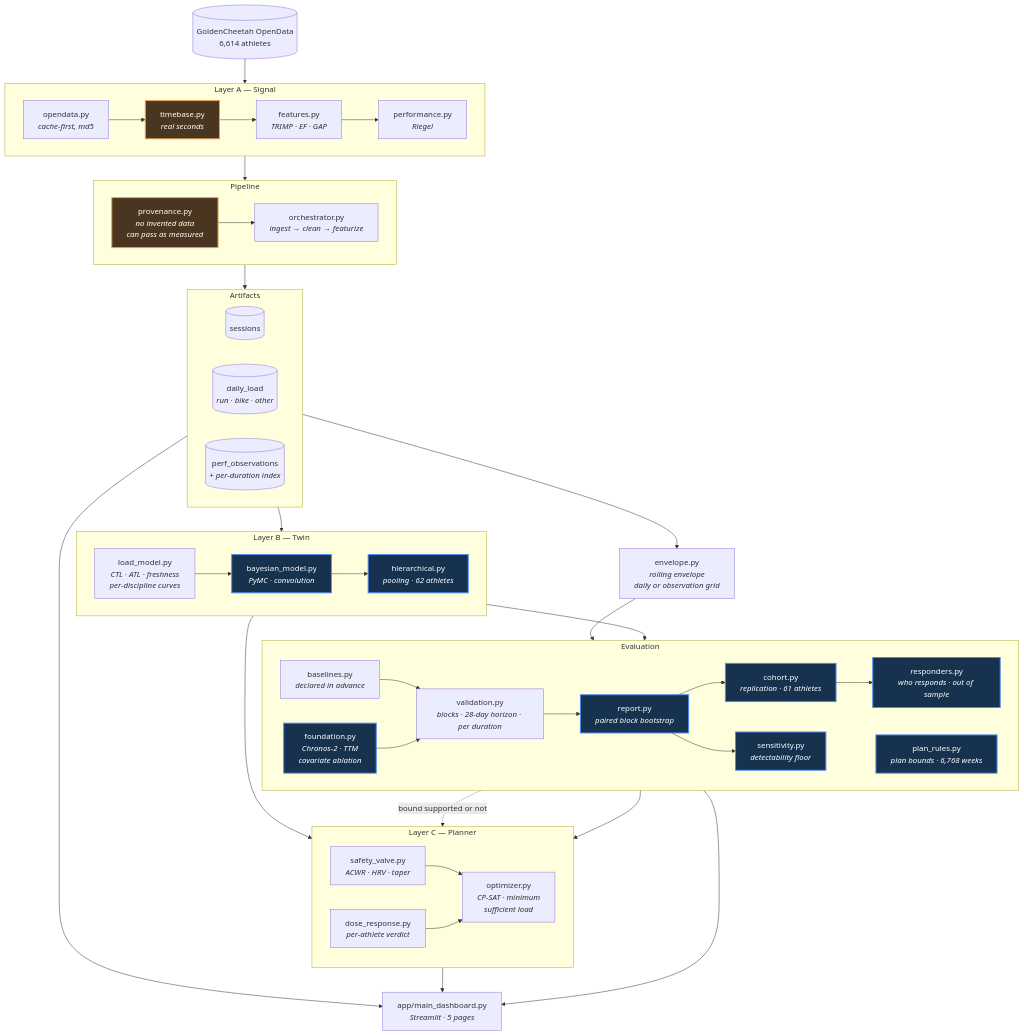
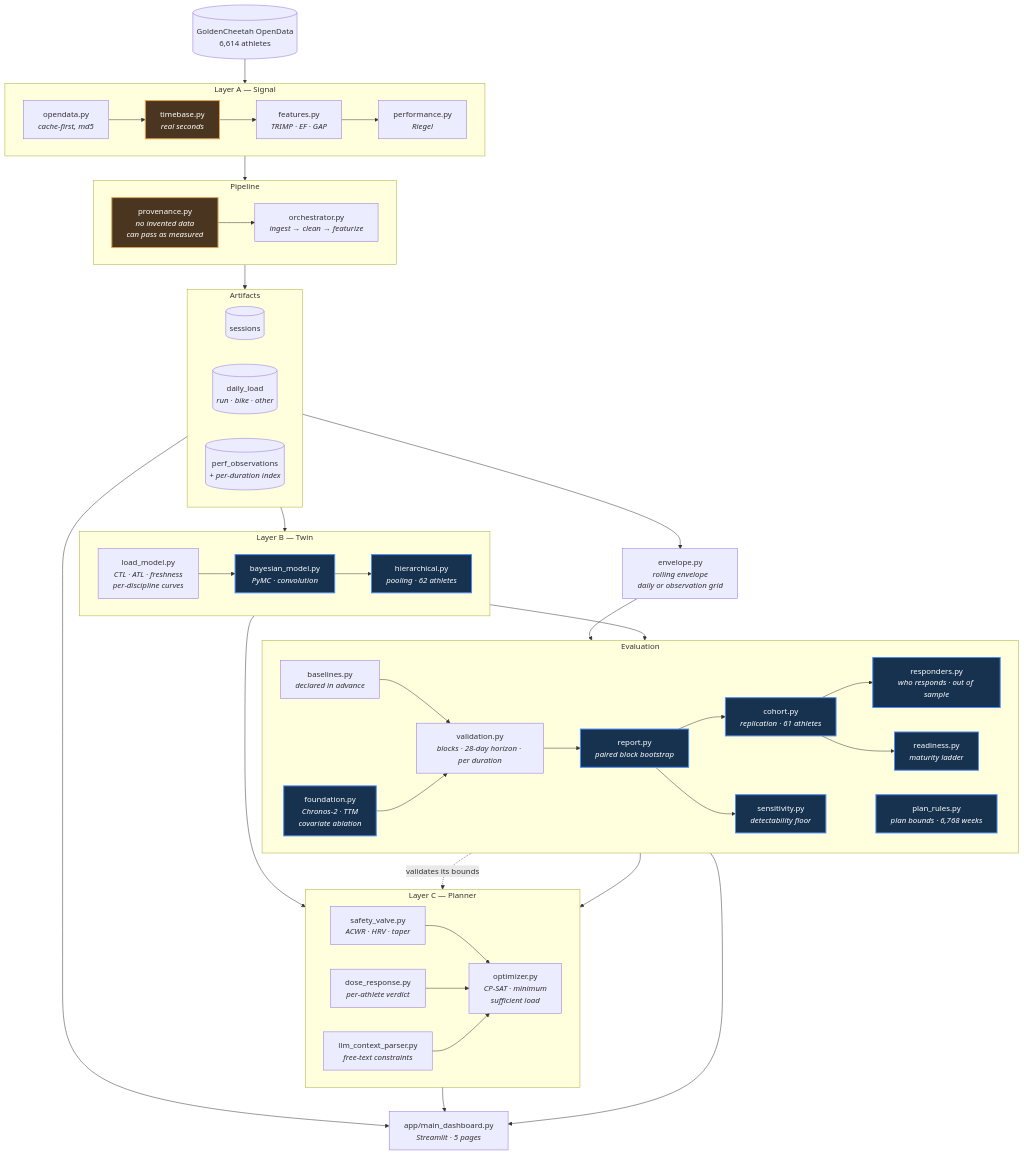
One commit to louisrodembourg/Adaptive-digital-twin-endurance changed the diagram in docs/architecture.md. Above: the diagram before and after it, drawn with Mermaid. The commit also changed other lines of this file and 1 other file, not shown here.

Commit message:
Mettre les schemas a jour, retirer celui qui ne l'etait plus
Schéma.png decrivait la conception initiale : DFA alpha-1 et donnees de
contexte comme entrees, alors qu'aucune n'existe dans le jeu de donnees, et
ni cohorte ni evaluation. Il n'etait reference nulle part.

Le diagramme de docs/architecture.md gagne readiness.py et
llm_context_parser.py, qui manquaient, et la fleche de plan_rules vers
safety_valve dit ce qu'elle est : une validation des bornes, pas un flux de
donnees.

````diff
--- a/docs/architecture.md
+++ b/docs/architecture.md
@@ -57,7 +57,9 @@
         FND --> VALID
         RULES["plan_rules.py<br/><i>plan bounds · 6,768 weeks</i>"]
         RESP["responders.py<br/><i>who responds · out of sample</i>"]
+        READY["readiness.py<br/><i>maturity ladder</i>"]
         COH --> RESP
+        COH --> READY
         REPORT --> SENS
         REPORT --> COH
     end
@@ -66,10 +68,12 @@
         direction LR
         DOSE["dose_response.py<br/><i>per-athlete verdict</i>"]
         SAFE["safety_valve.py<br/><i>ACWR · HRV · taper</i>"]
+        LLM["llm_context_parser.py<br/><i>free-text constraints</i>"]
         OPT["optimizer.py<br/><i>CP-SAT · minimum<br/>sufficient load</i>"]
         SAFE --> OPT
         DOSE --> OPT
-        RULES -.->|"bound supported or not"| SAFE
+        LLM --> OPT
+        RULES -.->|"validates its bounds"| SAFE
     end
 
     UI["app/main_dashboard.py<br/><i>Streamlit · 5 pages</i>"]
@@ -86,6 +90,6 @@
 
     classDef result fill:#16324f,stroke:#4c8bf5,stroke-width:2px,color:#fff
     classDef guard fill:#4a3620,stroke:#e0a355,stroke-width:2px,color:#fff
-    class REPORT,BAYES,FND,SENS,COH,HIER,RULES,RESP result
+    class REPORT,BAYES,FND,SENS,COH,HIER,RULES,RESP,READY result
     class PROV,TB guard
 ```
````
